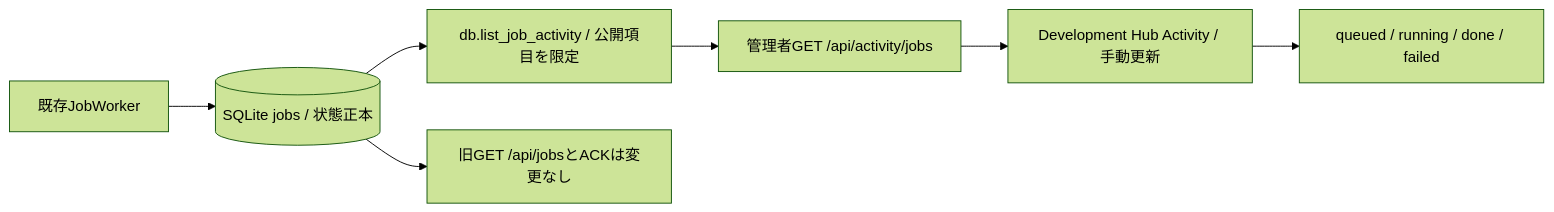
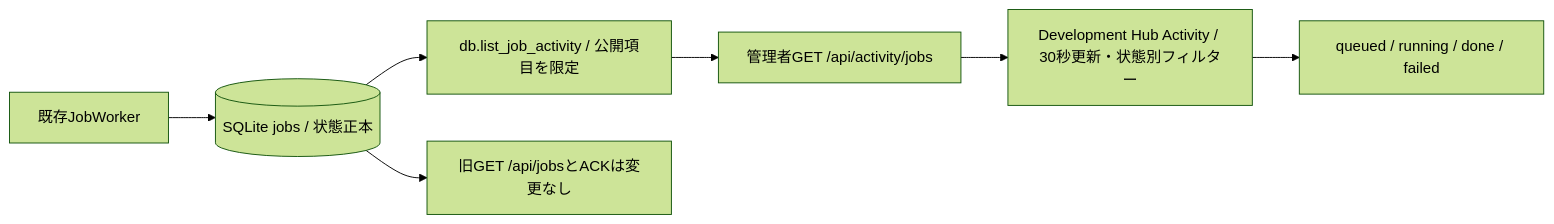
One commit to Soso2e/PETIT changed diagram 13 of 35 in docs/runtime-flows.md. Above: the diagram before and after it, drawn with Mermaid (forest theme). The commit also changed other lines of this file and 6 other files, not shown here.

````diff
--- a/docs/runtime-flows.md
+++ b/docs/runtime-flows.md
@@ -255,9 +255,9 @@
 ```mermaid
 flowchart LR
     Worker[既存JobWorker] --> Jobs[(SQLite jobs / 状態正本)]
     Jobs --> Read[db.list_job_activity / 公開項目を限定]
     Read --> API[管理者GET /api/activity/jobs]
-    API --> Activity[Development Hub Activity / 手動更新]
+    API --> Activity[Development Hub Activity / 30秒更新・状態別フィルター]
     Activity --> Labels[queued / running / done / failed]
     Jobs --> Ack[旧GET /api/jobsとACKは変更なし]
 ```
````
